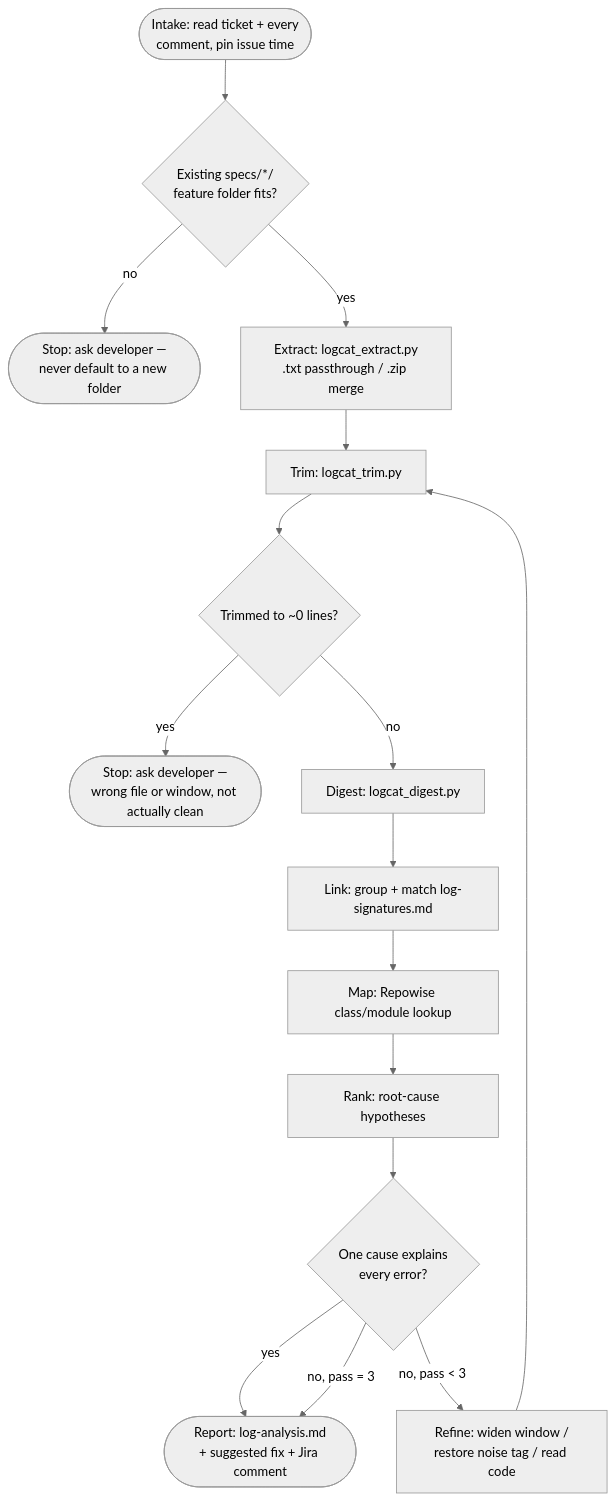
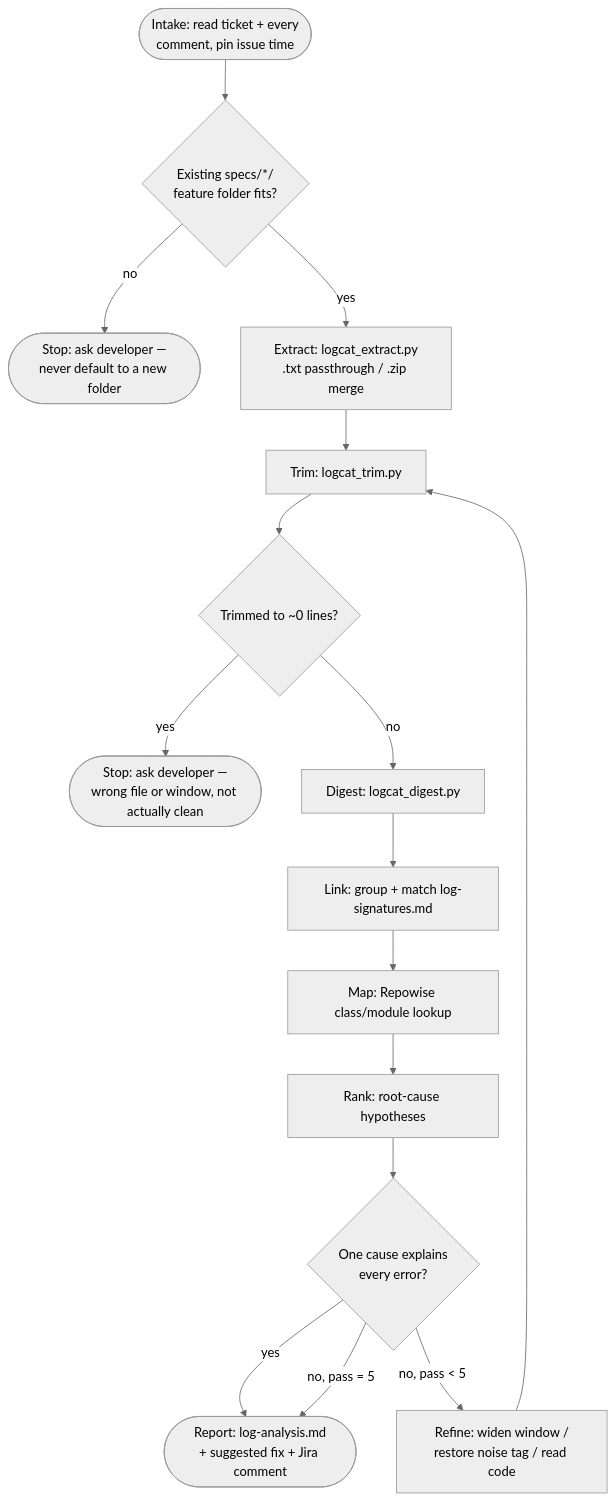
The second of 2 diagrams in docs/workflow-design.md (saraths-99/github-workflow), drawn with Mermaid (neutral theme) before and after one commit. The commit also changed other lines of this file and 57 other files, not shown here.

````diff
--- a/docs/workflow-design.md
+++ b/docs/workflow-design.md
@@ -65,18 +67,18 @@
 ```mermaid
 flowchart TD
     A([Intake: read ticket + every<br/>comment, pin issue time]) --> AF{Existing specs/*/<br/>feature folder fits?}
     AF -- no --> AFX([Stop: ask developer —<br/>never default to a new folder])
     AF -- yes --> X[Extract: logcat_extract.py<br/>.txt passthrough / .zip merge]
     X --> B[Trim: logcat_trim.py]
     B --> BW{Trimmed to ~0 lines?}
     BW -- yes --> BWX([Stop: ask developer —<br/>wrong file or window, not actually clean])
     BW -- no --> C[Digest: logcat_digest.py]
     C --> D[Link: group + match log-signatures.md]
     D --> E[Map: Repowise class/module lookup]
     E --> F[Rank: root-cause hypotheses]
     F --> G{One cause explains<br/>every error?}
     G -- yes --> H([Report: log-analysis.md<br/>+ suggested fix + Jira comment])
-    G -- no, pass < 3 --> I[Refine: widen window /<br/>restore noise tag / read code]
+    G -- no, pass < 5 --> I[Refine: widen window /<br/>restore noise tag / read code]
     I --> B
-    G -- no, pass = 3 --> H
+    G -- no, pass = 5 --> H
 ```
````
